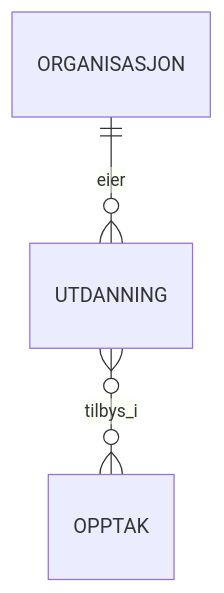
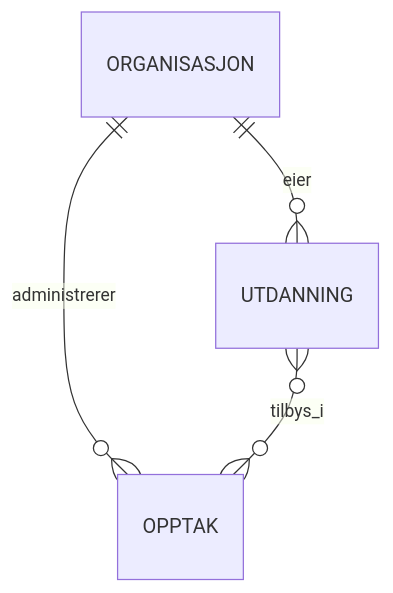
Before and after one commit to SmidigStorm/strix: the diagram in krav/opptak/entity-map.md, drawn with Mermaid. The commit also changed other lines of this file and 1 other file, not shown here.

First line of the commit message:
Oppdaterer opptak-krav med tilgangsstyring

````diff
--- a/krav/opptak/entity-map.md
+++ b/krav/opptak/entity-map.md
@@ -25,5 +25,6 @@
 ```mermaid
 erDiagram
     ORGANISASJON ||--o{ UTDANNING : "eier"
+    ORGANISASJON ||--o{ OPPTAK : "administrerer"
     UTDANNING }o--o{ OPPTAK : "tilbys_i"
 ```
````
